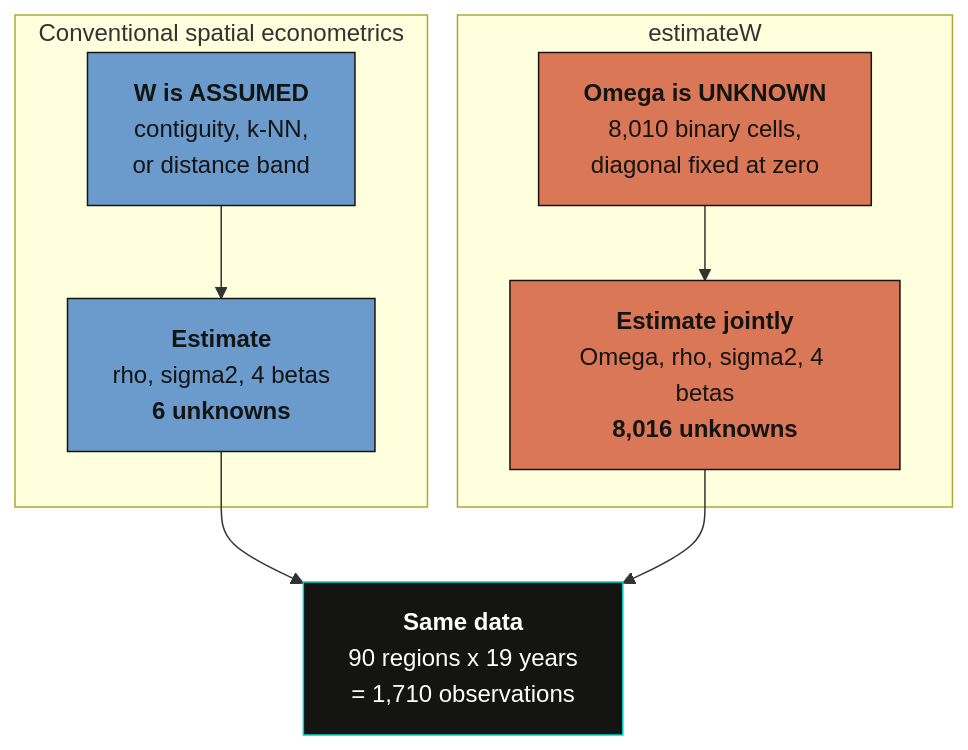
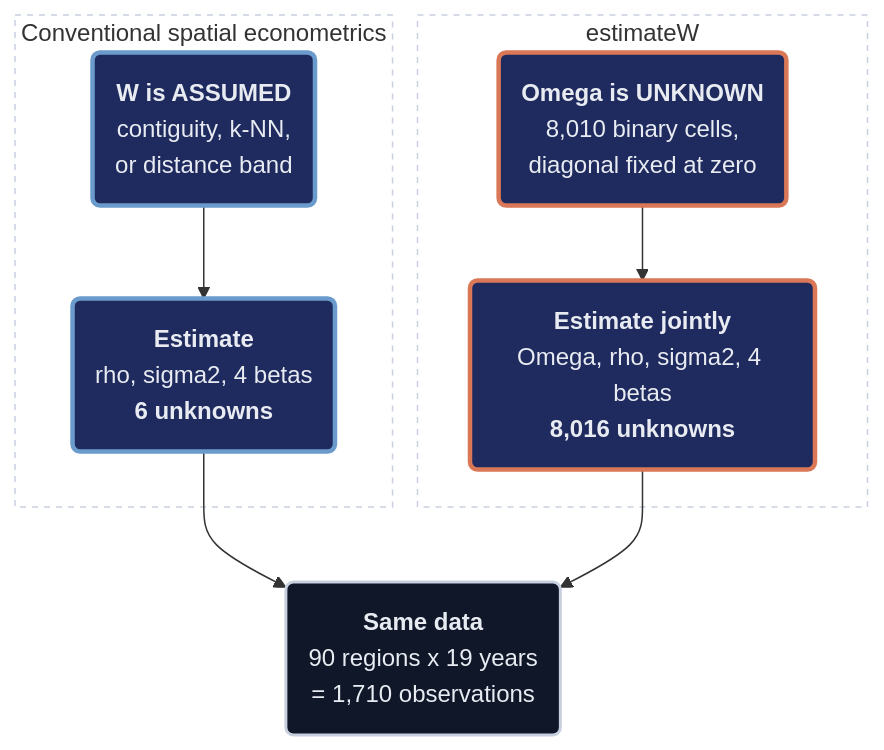
The second of 4 diagrams in content/post/r_estimateW/index.md (cmg777/starter-academic-v501), drawn with Mermaid before and after one commit. The commit also changed other lines of this file and 2 other files, not shown here.

First line of the commit message:
content(mermaid): restyle flowcharts in stata_rct, python_dowhy, r_estimateW (pilot)

````diff
--- a/content/post/r_estimateW/index.md
+++ b/content/post/r_estimateW/index.md
@@ -485,23 +488,25 @@
 ```mermaid
 graph TD
     subgraph CONV["Conventional spatial econometrics"]
-    C1["<b>W is ASSUMED</b><br/>contiguity, k-NN,<br/>or distance band"]
-    C2["<b>Estimate</b><br/>rho, sigma2, 4 betas<br/><b>6 unknowns</b>"]
+    C1("<b>W is ASSUMED</b><br/>contiguity, k-NN,<br/>or distance band")
+    C2("<b>Estimate</b><br/>rho, sigma2, 4 betas<br/><b>6 unknowns</b>")
     end
 
     subgraph EST["estimateW"]
-    E1["<b>Omega is UNKNOWN</b><br/>8,010 binary cells,<br/>diagonal fixed at zero"]
-    E2["<b>Estimate jointly</b><br/>Omega, rho, sigma2, 4 betas<br/><b>8,016 unknowns</b>"]
+    E1("<b>Omega is UNKNOWN</b><br/>8,010 binary cells,<br/>diagonal fixed at zero")
+    E2("<b>Estimate jointly</b><br/>Omega, rho, sigma2, 4 betas<br/><b>8,016 unknowns</b>")
     end
 
     C1 --> C2
     E1 --> E2
-    C2 --> Q["<b>Same data</b><br/>90 regions x 19 years<br/>= 1,710 observations"]
+    C2 --> Q("<b>Same data</b><br/>90 regions x 19 years<br/>= 1,710 observations")
     E2 --> Q
-
-    style C1 fill:#6a9bcc,stroke:#141413,color:#141413
-    style C2 fill:#6a9bcc,stroke:#141413,color:#141413
-    style E1 fill:#d97757,stroke:#141413,color:#141413
-    style E2 fill:#d97757,stroke:#141413,color:#141413
-    style Q fill:#141413,stroke:#00d4c8,color:#fff
+    style CONV fill:none,stroke:#c8d0e0,stroke-width:1px,stroke-dasharray:4 4
+    style EST fill:none,stroke:#c8d0e0,stroke-width:1px,stroke-dasharray:4 4
+    classDef blue fill:#1f2b5e,stroke:#6a9bcc,stroke-width:3px,color:#e8ecf2
+    classDef orange fill:#1f2b5e,stroke:#d97757,stroke-width:3px,color:#e8ecf2
+    classDef anchor fill:#0f1729,stroke:#c8d0e0,stroke-width:2px,color:#e8ecf2
+    class C1,C2 blue
+    class E1,E2 orange
+    class Q anchor
 ```
````
